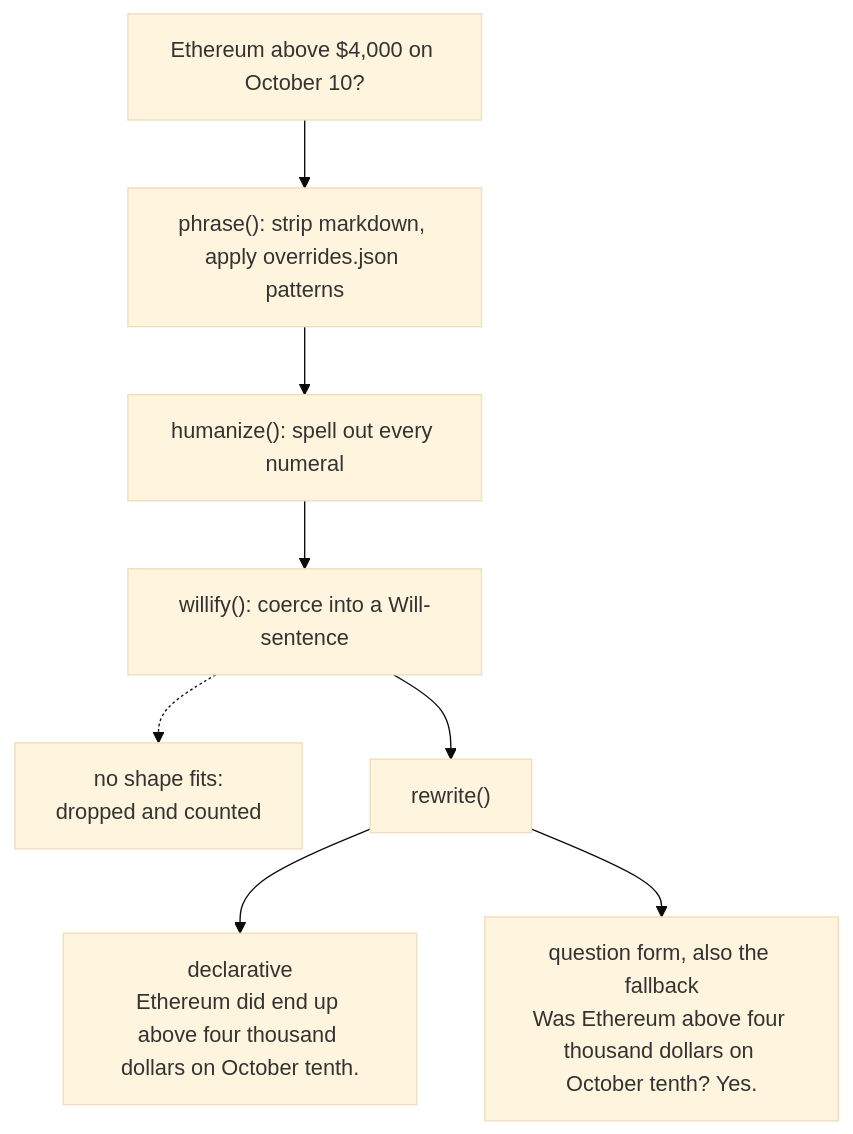
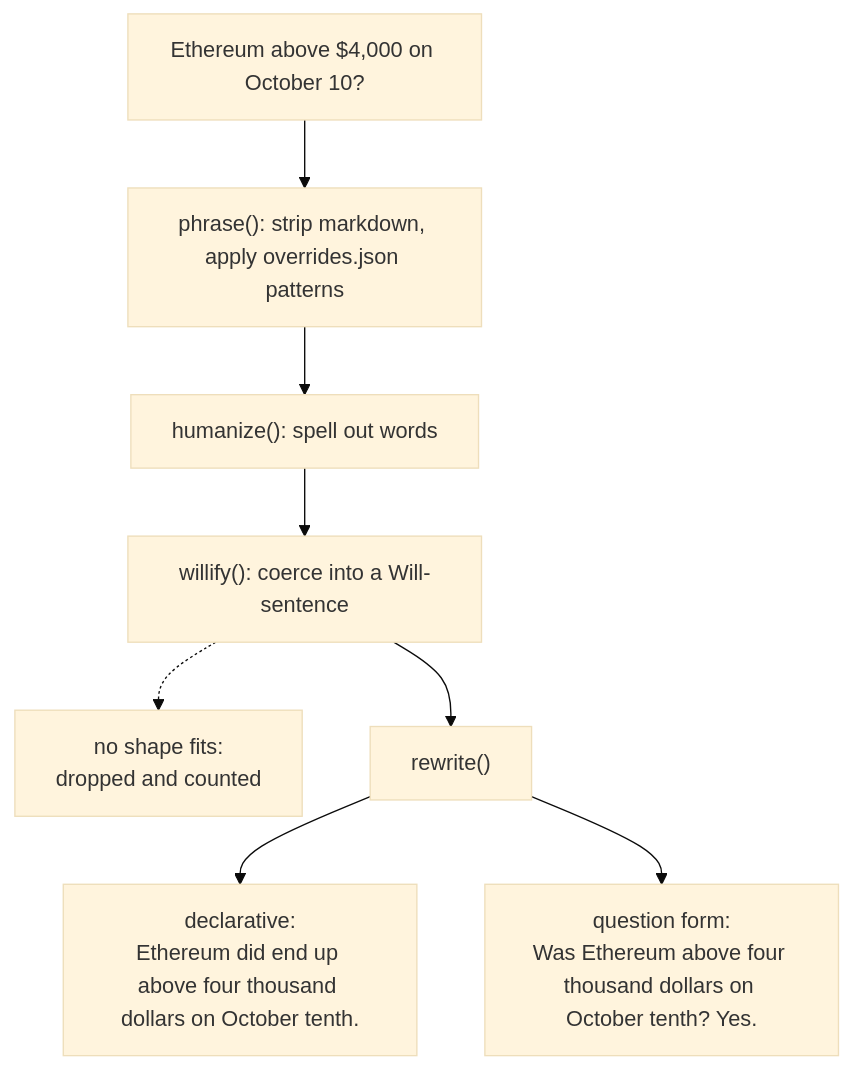
Before and after one commit to gjtorikian/will-did: the second of 2 diagrams in README.md, drawn with Mermaid (base theme). The commit also changed 1 other file, not shown here.

````diff
--- a/README.md
+++ b/README.md
@@ -81,15 +81,15 @@
 ```mermaid
 flowchart TD
     Q["Ethereum above $4,000 on October 10?"]
     O["phrase(): strip markdown, apply overrides.json patterns"]
-    H["humanize(): spell out every numeral"]
+    H["humanize(): spell out words"]
     W["willify(): coerce into a Will-sentence"]
     X["no shape fits:<br/>dropped and counted"]
     R["rewrite()"]
-    L1["declarative<br/>Ethereum did end up above four thousand dollars on October tenth."]
-    L2["question form, also the fallback<br/>Was Ethereum above four thousand dollars on October tenth? Yes."]
+    L1["declarative:<br/>Ethereum did end up above four thousand dollars on October tenth."]
+    L2["question form:<br/>Was Ethereum above four thousand dollars on October tenth? Yes."]
     Q --> O --> H --> W --> R
     W -.-> X
     R --> L1
     R --> L2
 ```
````
